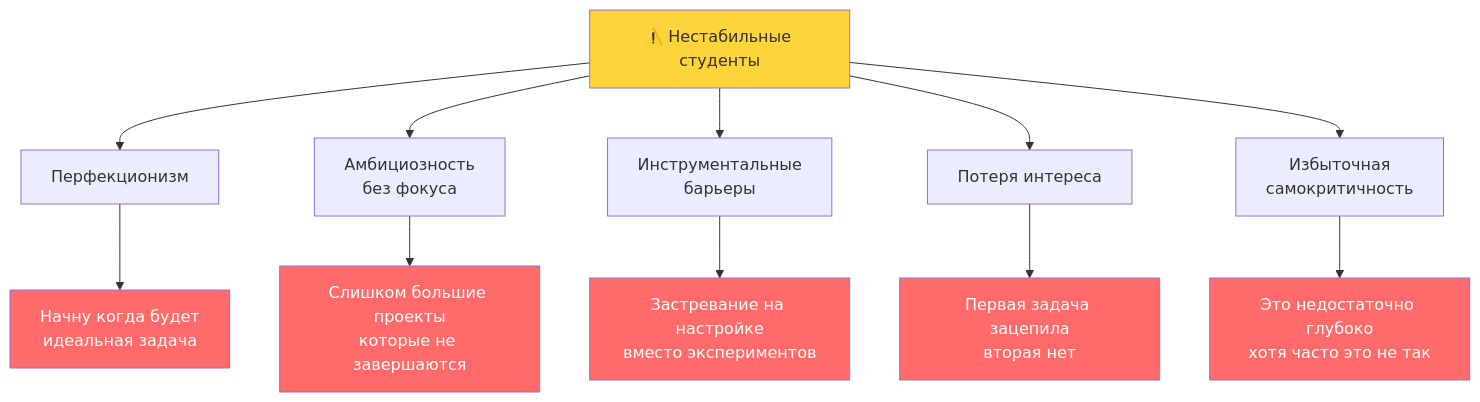
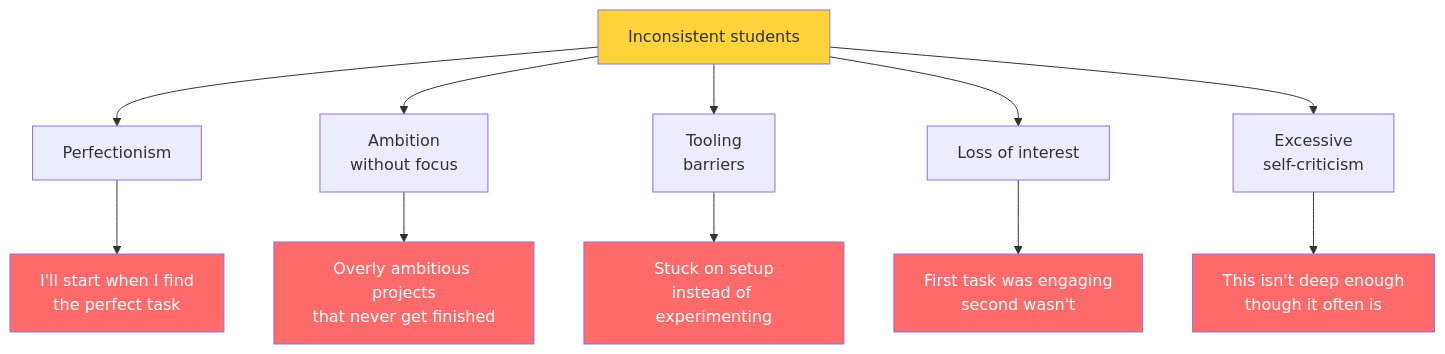
One commit to ad3002/masters-course-2025-vibe-coding changed the tenth of 16 diagrams in materials/workshop4.md. Above: the diagram before and after it, drawn with Mermaid. The commit also changed other lines of this file, not shown here.

````diff
--- a/materials/workshop4.md
+++ b/materials/workshop4.md
@@ -407,21 +407,21 @@
 ```mermaid
 graph TD
-    UNSTABLE[⚠️ Нестабильные студенты] --> P1[Перфекционизм]
-    UNSTABLE --> P2[Амбициозность<br/>без фокуса]
-    UNSTABLE --> P3[Инструментальные<br/>барьеры]
-    UNSTABLE --> P4[Потеря интереса]
-    UNSTABLE --> P5[Избыточная<br/>самокритичность]
+    UNSTABLE[Inconsistent students] --> P1[Perfectionism]
+    UNSTABLE --> P2[Ambition<br/>without focus]
+    UNSTABLE --> P3[Tooling<br/>barriers]
+    UNSTABLE --> P4[Loss of interest]
+    UNSTABLE --> P5[Excessive<br/>self-criticism]
 
-    P1 --> F1["Начну когда будет<br/>идеальная задача"]
-    P2 --> F2[Слишком большие проекты<br/>которые не завершаются]
-    P3 --> F3[Застревание на настройке<br/>вместо экспериментов]
-    P4 --> F4[Первая задача зацепила<br/>вторая нет]
-    P5 --> F5["Это недостаточно глубоко"<br/>хотя часто это не так]
+    P1 --> F1["I'll start when I find<br/>the perfect task"]
+    P2 --> F2[Overly ambitious projects<br/>that never get finished]
+    P3 --> F3[Stuck on setup<br/>instead of experimenting]
+    P4 --> F4[First task was engaging<br/>second wasn't]
+    P5 --> F5["This isn't deep enough"<br/>though it often is]
 
     style UNSTABLE fill:#ffd43b
     style F1 fill:#ff6b6b,color:#fff
     style F2 fill:#ff6b6b,color:#fff
     style F3 fill:#ff6b6b,color:#fff
     style F4 fill:#ff6b6b,color:#fff
     style F5 fill:#ff6b6b,color:#fff
 ```
````
